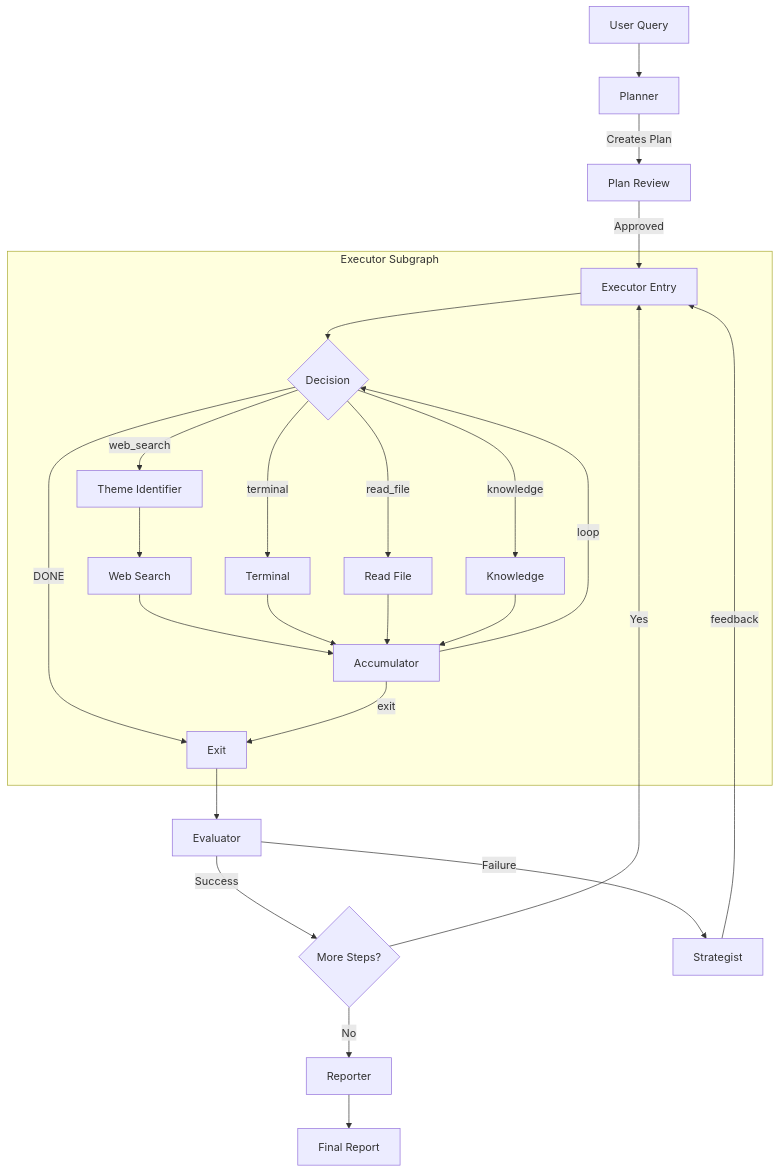
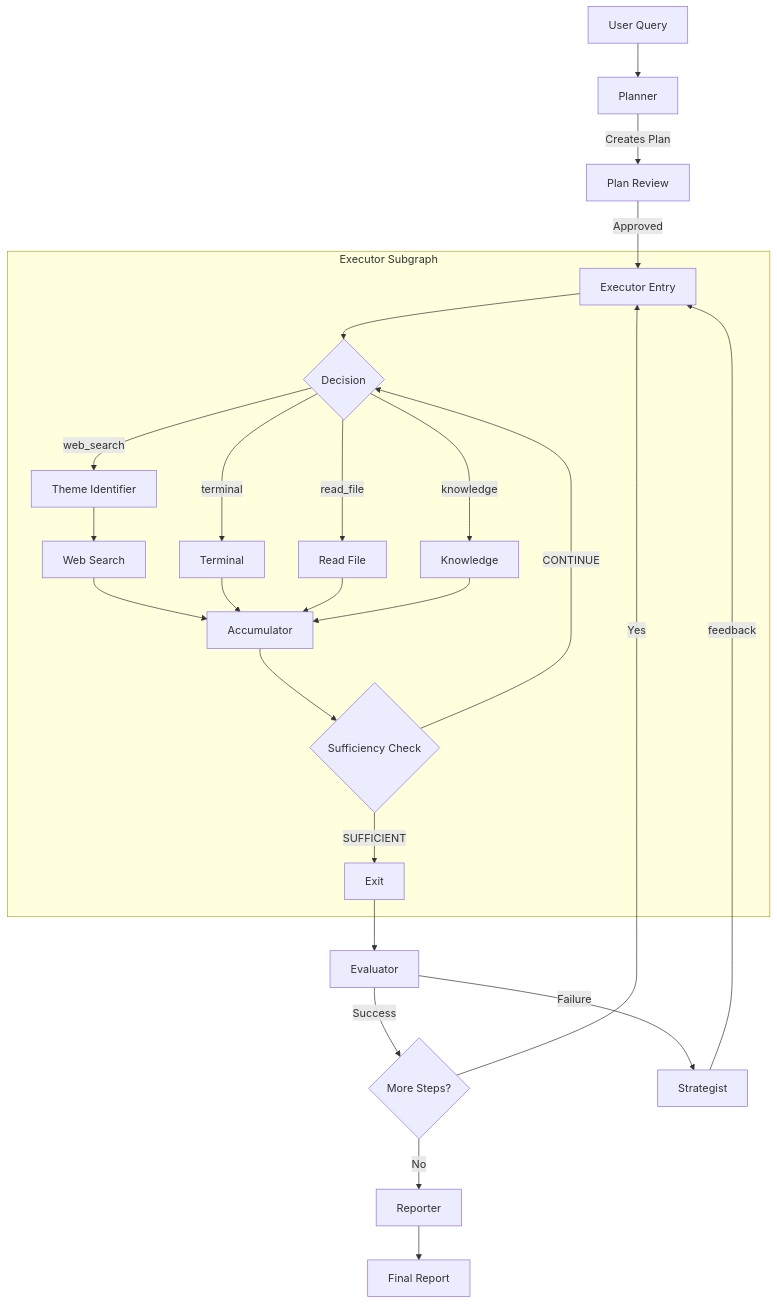
Before and after one commit to xCthulhuFtagn/damn-so-deep-research: the diagram in README.md, drawn with Mermaid. The commit also changed other lines of this file and 8 other files, not shown here.

Commit message:
feat: implement sufficiency check node and enhance executor decision flow

````diff
--- a/README.md
+++ b/README.md
@@ -273,30 +284,30 @@
 ```mermaid
 graph TD
     Start[User Query] --> Planner
     Planner -->|Creates Plan| Interrupt1[Plan Review]
     Interrupt1 -->|Approved| ExecutorEntry[Executor Entry]
 
     subgraph Executor Subgraph
         ExecutorEntry --> Decision{Decision}
         Decision -->|web_search| ThemeID[Theme Identifier]
         ThemeID --> WebSearch[Web Search]
         Decision -->|terminal| Terminal[Terminal]
         Decision -->|read_file| ReadFile[Read File]
         Decision -->|knowledge| Knowledge[Knowledge]
-        Decision -->|DONE| Exit[Exit]
         WebSearch --> Accum[Accumulator]
         Terminal --> Accum
         ReadFile --> Accum
         Knowledge --> Accum
-        Accum -->|loop| Decision
-        Accum -->|exit| Exit
+        Accum --> SuffCheck{Sufficiency Check}
+        SuffCheck -->|CONTINUE| Decision
+        SuffCheck -->|SUFFICIENT| Exit[Exit]
     end
 
     Exit --> Evaluator
     Evaluator -->|Success| NextStep{More Steps?}
     Evaluator -->|Failure| Strategist
     Strategist -->|feedback| ExecutorEntry
     NextStep -->|Yes| ExecutorEntry
     NextStep -->|No| Reporter
     Reporter --> End[Final Report]
 ```
````
